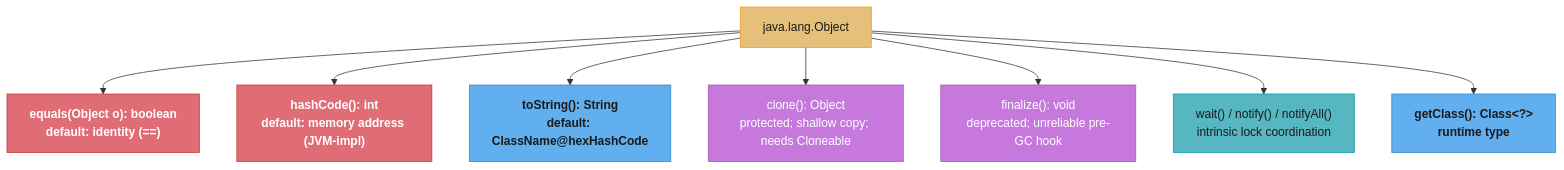
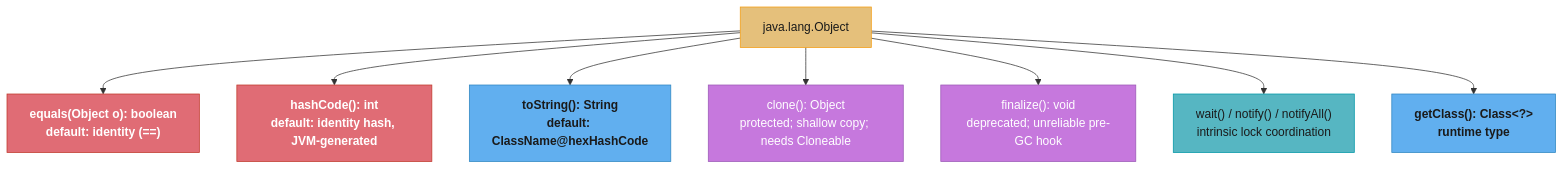
Before and after one commit to rppol/system-design: the first of 3 diagrams in src/main/java/com/rutik/systemdesign/java/core_language/README.md, drawn with Mermaid. The commit also changed other lines of this file and 4 other files, not shown here.

````diff
--- a/src/main/java/com/rutik/systemdesign/java/core_language/README.md
+++ b/src/main/java/com/rutik/systemdesign/java/core_language/README.md
@@ -75,24 +86,24 @@
 ```mermaid
 flowchart TD
     classDef io      fill:#61afef,stroke:#2e86c1,color:#1a1a1a,font-weight:bold
     classDef frozen  fill:#c678dd,stroke:#9b59b6,color:#fff
     classDef train   fill:#98c379,stroke:#27ae60,color:#1a1a1a
     classDef mathOp  fill:#d19a66,stroke:#e67e22,color:#1a1a1a,font-weight:bold
     classDef lossN   fill:#e06c75,stroke:#c0392b,color:#fff,font-weight:bold
     classDef req     fill:#56b6c2,stroke:#0097a7,color:#1a1a1a
     classDef base    fill:#e5c07b,stroke:#f39c12,color:#1a1a1a
 
     OBJ["java.lang.Object"] --> EQ["equals(Object o): boolean\ndefault: identity (==)"]
-    OBJ --> HC["hashCode(): int\ndefault: memory address (JVM-impl)"]
+    OBJ --> HC["hashCode(): int\ndefault: identity hash, JVM-generated"]
     OBJ --> TS["toString(): String\ndefault: ClassName@hexHashCode"]
     OBJ --> CL["clone(): Object\nprotected; shallow copy; needs Cloneable"]
     OBJ --> FI["finalize(): void\ndeprecated; unreliable pre-GC hook"]
     OBJ --> WN["wait() / notify() / notifyAll()\nintrinsic lock coordination"]
     OBJ --> GC["getClass(): Class&lt;?&gt;\nruntime type"]
 
     class OBJ base
     class EQ,HC lossN
     class TS,GC io
     class CL,FI frozen
     class WN req
 ```
````
